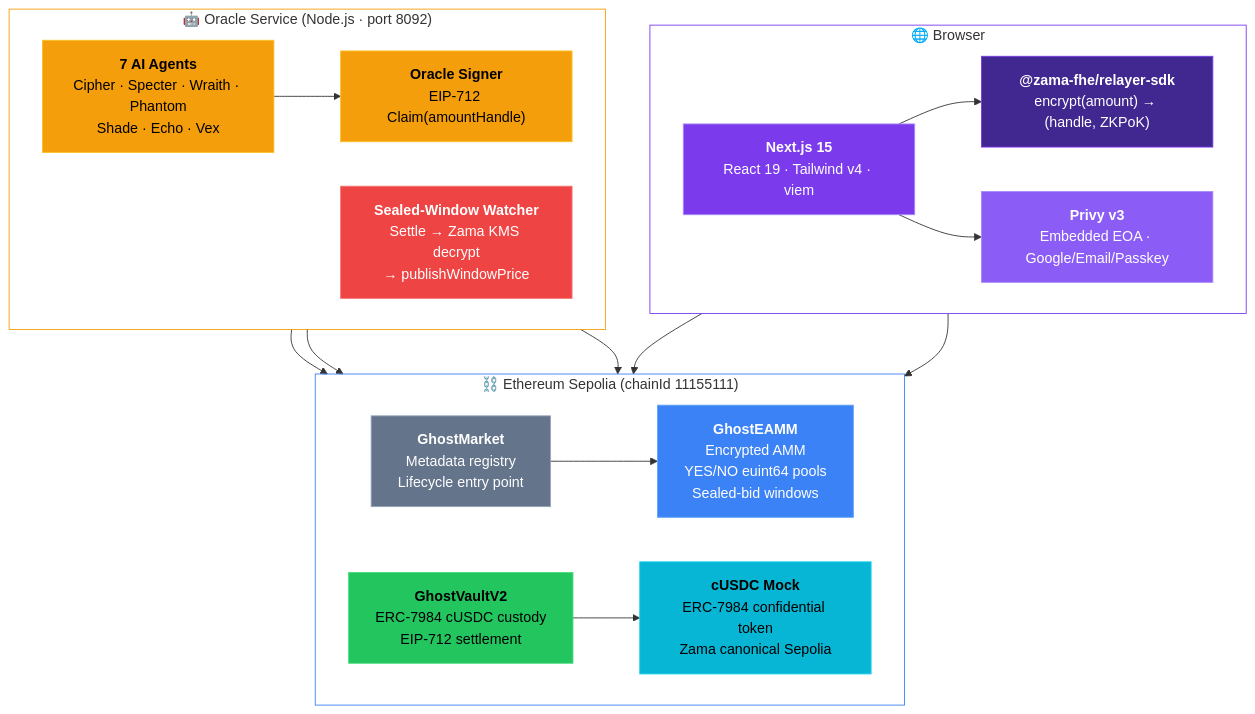
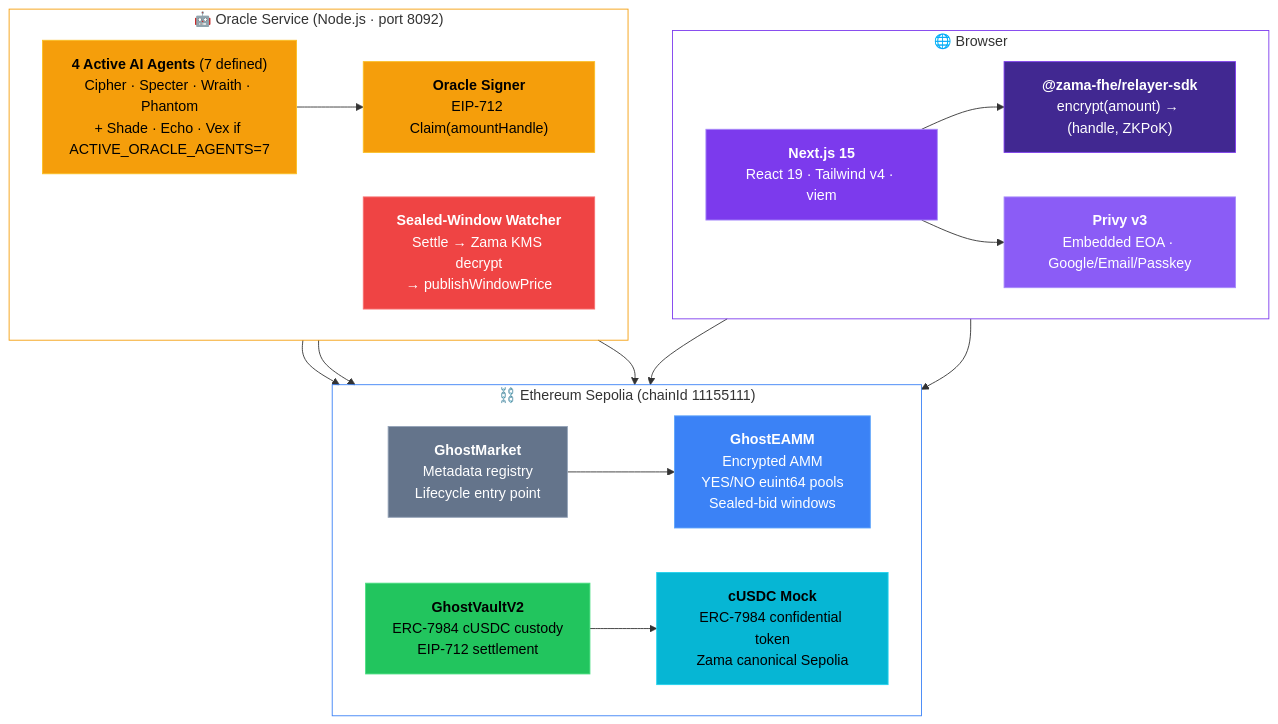
The first of 3 diagrams in README.md (0xTemplar/GhostMarket), drawn with Mermaid before and after one commit. The commit also changed other lines of this file, not shown here.

First line of the commit message:
docs: update README.md to reflect changes in AI oracle quorum configuration

````diff
--- a/README.md
+++ b/README.md
@@ -82,49 +82,49 @@
 ```mermaid
 graph TB
     subgraph Browser["🌐 Browser"]
         direction LR
         FE["<b>Next.js 15</b><br/>React 19 · Tailwind v4 · viem"]
         SDK["<b>@zama-fhe/relayer-sdk</b><br/>encrypt(amount) → (handle, ZKPoK)"]
         PV["<b>Privy v3</b><br/>Embedded EOA · Google/Email/Passkey"]
     end
 
     subgraph Contracts["⛓️ Ethereum Sepolia (chainId 11155111)"]
         direction LR
         GM["<b>GhostMarket</b><br/>Metadata registry<br/>Lifecycle entry point"]
         EAMM["<b>GhostEAMM</b><br/>Encrypted AMM<br/>YES/NO euint64 pools<br/>Sealed-bid windows"]
         VLT["<b>GhostVaultV2</b><br/>ERC-7984 cUSDC custody<br/>EIP-712 settlement"]
         CUSDC["<b>cUSDC Mock</b><br/>ERC-7984 confidential token<br/>Zama canonical Sepolia"]
     end
 
     subgraph Oracle["🤖 Oracle Service (Node.js · port 8092)"]
         direction LR
-        AGT["<b>7 AI Agents</b><br/>Cipher · Specter · Wraith · Phantom<br/>Shade · Echo · Vex"]
+        AGT["<b>4 Active AI Agents</b> (7 defined)<br/>Cipher · Specter · Wraith · Phantom<br/>+ Shade · Echo · Vex if ACTIVE_ORACLE_AGENTS=7"]
         WATCHER["<b>Sealed-Window Watcher</b><br/>Settle → Zama KMS decrypt<br/>→ publishWindowPrice"]
         SIGNER["<b>Oracle Signer</b><br/>EIP-712 Claim(amountHandle)"]
     end
 
     FE --> SDK
     FE --> PV
     SDK --> EAMM
     SDK --> VLT
     GM --> EAMM
     VLT --> CUSDC
     AGT --> GM
     AGT --> SIGNER
     WATCHER --> EAMM
     SIGNER --> VLT
 
     style Browser fill:transparent,stroke:#7c3aed,color:#333
     style Contracts fill:transparent,stroke:#3b82f6,color:#333
     style Oracle fill:transparent,stroke:#f59e0b,color:#333
     style FE fill:#7c3aed,stroke:#a78bfa,color:#fff
     style SDK fill:#412891,stroke:#7c3aed,color:#fff
     style PV fill:#8b5cf6,stroke:#a78bfa,color:#fff
     style GM fill:#64748b,stroke:#94a3b8,color:#fff
     style EAMM fill:#3b82f6,stroke:#60a5fa,color:#fff
     style VLT fill:#22c55e,stroke:#4ade80,color:#000
     style CUSDC fill:#06b6d4,stroke:#22d3ee,color:#000
     style AGT fill:#f59e0b,stroke:#fbbf24,color:#000
     style WATCHER fill:#ef4444,stroke:#f87171,color:#fff
     style SIGNER fill:#f59e0b,stroke:#fbbf24,color:#000
 ```
````
